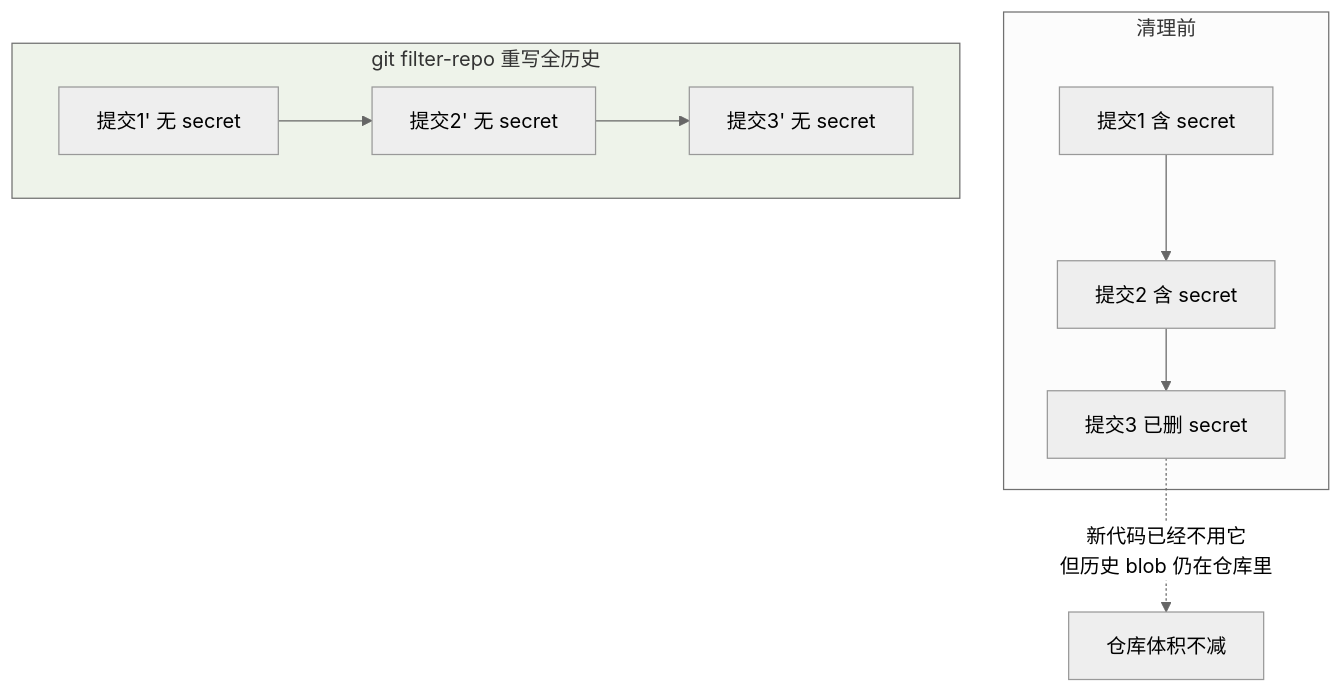
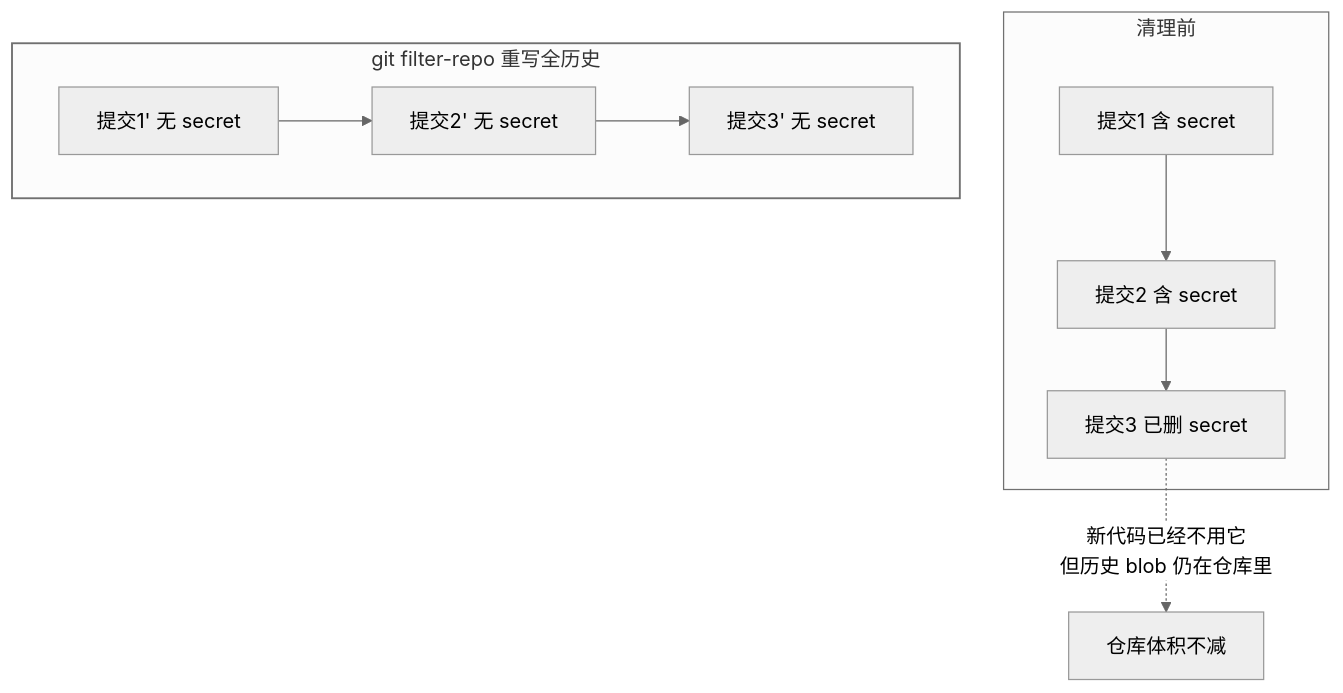
The second of 2 diagrams in src/content/docs/git/advanced/workflow/01-history-rewrite.md (Loadhao/ascension), drawn with Mermaid (neutral theme) before and after one commit. The commit also changed other lines of this file and 87 other files, not shown here.

First line of the commit message:
fix: 全站图表配色改由主题接管，修复暗色主题下浅底浅字看不清

````diff
--- a/src/content/docs/git/advanced/workflow/01-history-rewrite.md
+++ b/src/content/docs/git/advanced/workflow/01-history-rewrite.md
@@ -81,11 +82,12 @@
 ```mermaid
 flowchart TB
     subgraph 清理前
         C1[提交1 含 secret] --> C2[提交2 含 secret] --> C3[提交3 已删 secret]
     end
     C3 -. "新代码已经不用它<br/>但历史 blob 仍在仓库里" .-> S["仓库体积不减"]
     subgraph 清理后[git filter-repo 重写全历史]
         D1[提交1' 无 secret] --> D2[提交2' 无 secret] --> D3[提交3' 无 secret]
     end
-    style 清理后 fill:#eef3ea
+    class 清理后 good
+    classDef good stroke-width:1.5px
 ```
````
